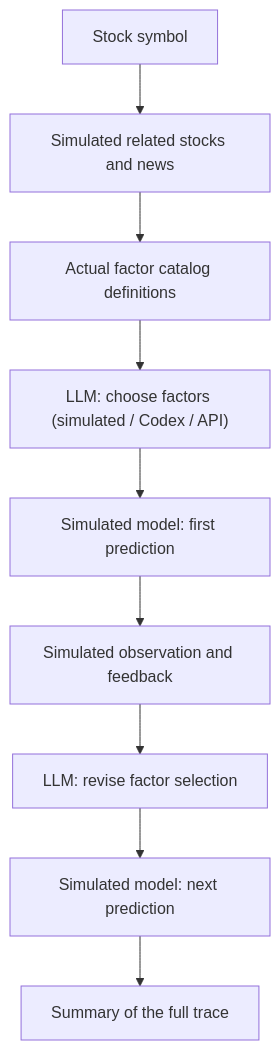
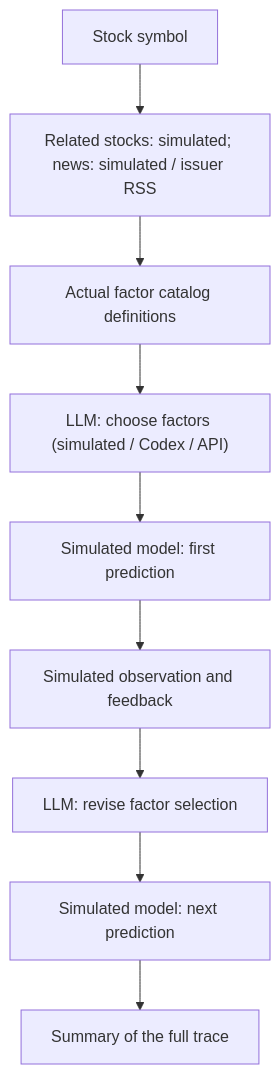
Before and after one commit to chickeyton/Quant_RSI: the second of 2 diagrams in README.md, drawn with Mermaid. The commit also changed other lines of this file and 6 other files, not shown here.

Commit message:
Feed issuer news into the stock research loop

````diff
--- a/README.md
+++ b/README.md
@@ -73,11 +74,11 @@
 ```mermaid
 flowchart TD
-    A["Stock symbol"] --> B["Simulated related stocks and news"]
+    A["Stock symbol"] --> B["Related stocks: simulated; news: simulated / issuer RSS"]
     B --> C["Actual factor catalog definitions"]
     C --> D["LLM: choose factors (simulated / Codex / API)"]
     D --> E["Simulated model: first prediction"]
     E --> F["Simulated observation and feedback"]
     F --> G["LLM: revise factor selection"]
     G --> H["Simulated model: next prediction"]
     H --> I["Summary of the full trace"]
 ```
````
